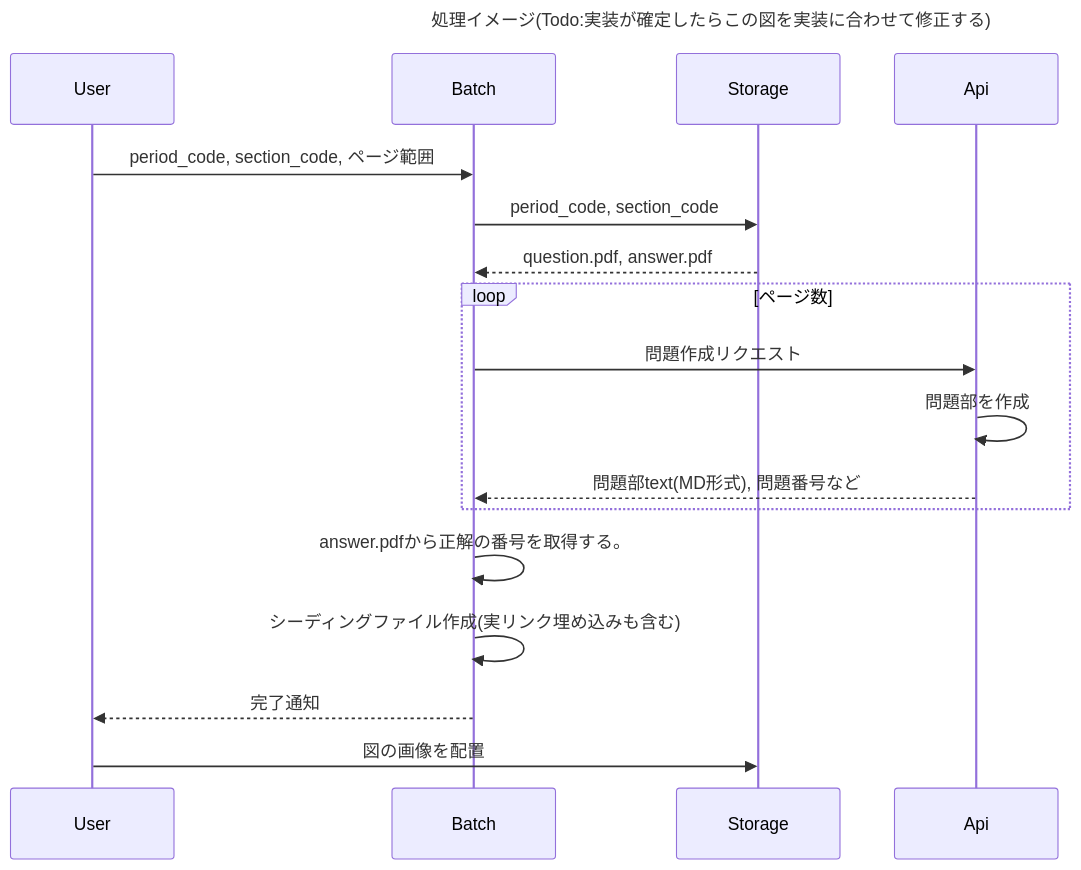
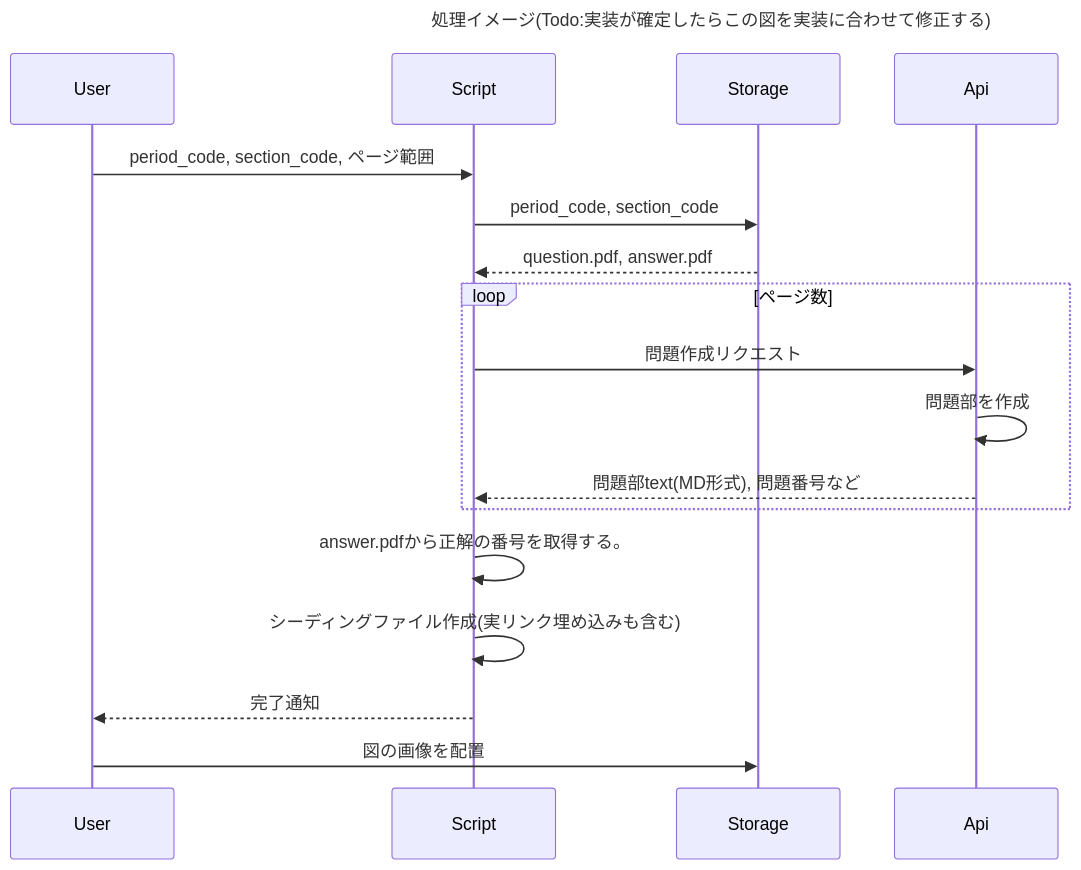
One commit to yutomoritajp/kakomon changed the diagram in docs/v0/s3_basic_design.md. Above: the diagram before and after it, drawn with Mermaid. The commit also changed other lines of this file and 7 other files, not shown here.

````diff
--- a/docs/v0/s3_basic_design.md
+++ b/docs/v0/s3_basic_design.md
@@ -27,23 +27,23 @@
 ```mermaid
 ---
 title: 処理イメージ(Todo:実装が確定したらこの図を実装に合わせて修正する)
 ---
 sequenceDiagram
 participant User
-participant Batch
+participant Script
 participant Storage
 participant Api
 
-User ->> Batch: period_code, section_code, ページ範囲
-Batch ->> Storage: period_code, section_code
-Storage -->> Batch: question.pdf, answer.pdf
+User ->> Script: period_code, section_code, ページ範囲
+Script ->> Storage: period_code, section_code
+Storage -->> Script: question.pdf, answer.pdf
 loop ページ数
-Batch ->> Api: 問題作成リクエスト
+Script ->> Api: 問題作成リクエスト
 Api ->> Api: 問題部を作成
-Api -->> Batch: 問題部text(MD形式), 問題番号など
+Api -->> Script: 問題部text(MD形式), 問題番号など
 end
-Batch ->> Batch: answer.pdfから正解の番号を取得する。
-Batch ->> Batch: シーディングファイル作成(実リンク埋め込みも含む)
-Batch -->> User: 完了通知
+Script ->> Script: answer.pdfから正解の番号を取得する。
+Script ->> Script: シーディングファイル作成(実リンク埋め込みも含む)
+Script -->> User: 完了通知
 User ->> Storage: 図の画像を配置
 ```
````
